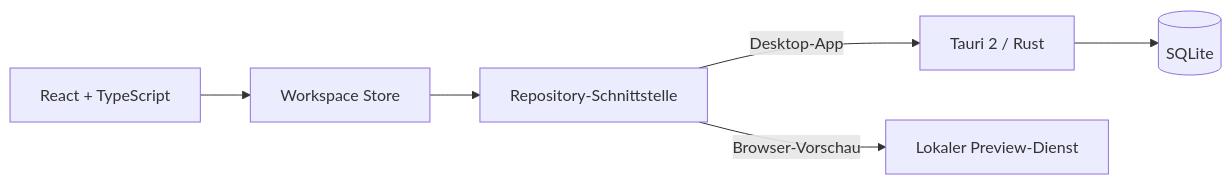
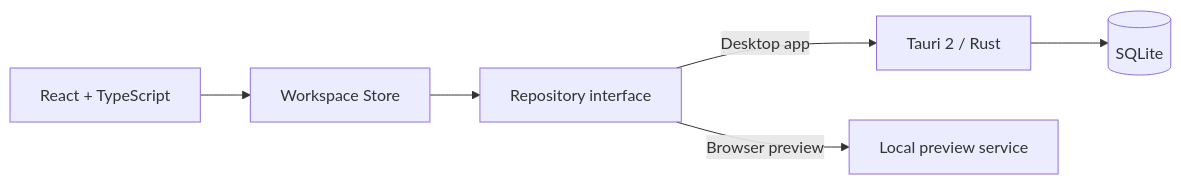
One commit to kaffeeliebhaber/TaskHub changed the diagram in README.md. Above: the diagram before and after it, drawn with Mermaid. The commit also changed other lines of this file and 3 other files, not shown here.

````diff
--- a/README.md
+++ b/README.md
@@ -112,8 +122,8 @@
 ```mermaid
 flowchart LR
     UI[React + TypeScript] --> Store[Workspace Store]
-    Store --> Repo[Repository-Schnittstelle]
-    Repo -->|Desktop-App| Tauri[Tauri 2 / Rust]
+    Store --> Repo[Repository interface]
+    Repo -->|Desktop app| Tauri[Tauri 2 / Rust]
     Tauri --> SQLite[(SQLite)]
-    Repo -->|Browser-Vorschau| Local[Lokaler Preview-Dienst]
+    Repo -->|Browser preview| Local[Local preview service]
 ```
````
